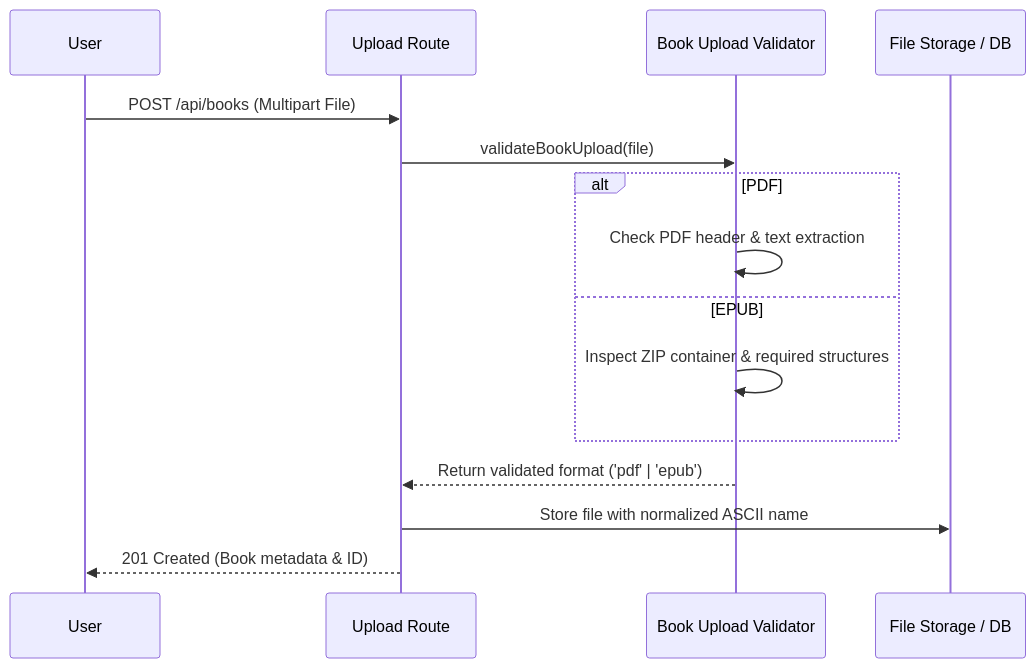
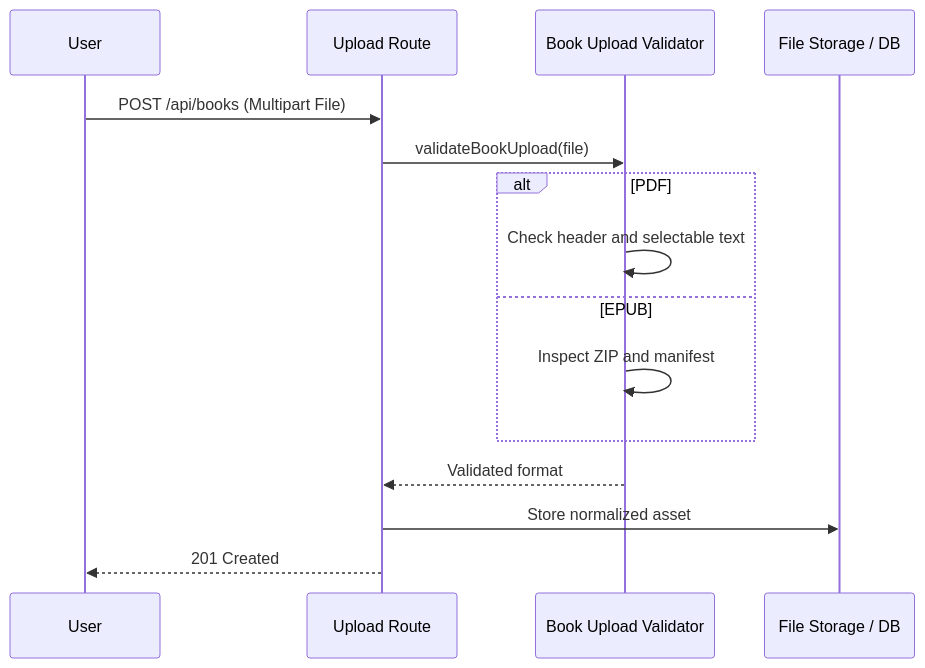
Before and after one commit to tuanhuytruong/chapter: the diagram in openwiki/workflows/content-processing.md, drawn with Mermaid. The commit also changed other lines of this file and 21 other files, not shown here.

````diff
--- a/openwiki/workflows/content-processing.md
+++ b/openwiki/workflows/content-processing.md
@@ -30,18 +31,17 @@
 ```mermaid
 sequenceDiagram
     participant User
     participant UploadRoute as Upload Route
     participant Validator as Book Upload Validator
     participant Storage as File Storage / DB
-
     User->>UploadRoute: POST /api/books (Multipart File)
     UploadRoute->>Validator: validateBookUpload(file)
     alt PDF
-        Validator->>Validator: Check PDF header & text extraction
+        Validator->>Validator: Check header and selectable text
     else EPUB
-        Validator->>Validator: Inspect ZIP container & required structures
+        Validator->>Validator: Inspect ZIP and manifest
     end
-    Validator-->>UploadRoute: Return validated format ('pdf' | 'epub')
-    UploadRoute->>Storage: Store file with normalized ASCII name
-    UploadRoute-->>User: 201 Created (Book metadata & ID)
+    Validator-->>UploadRoute: Validated format
+    UploadRoute->>Storage: Store normalized asset
+    UploadRoute-->>User: 201 Created
 ```
````
